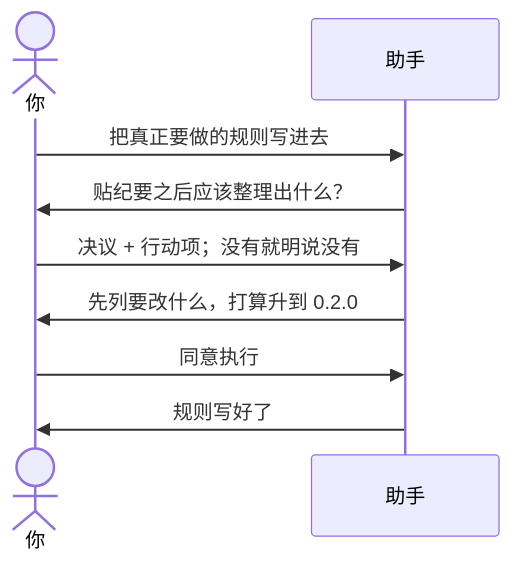
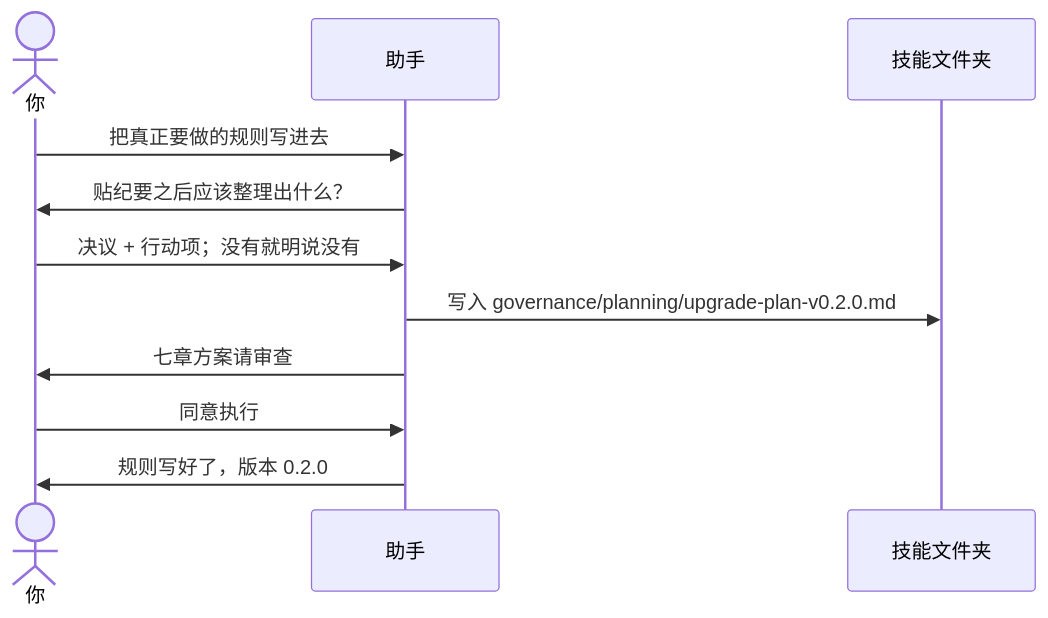
The diagram in examples/10-初始化之后写规则.md (qiusuo0226/skill-devkit-skill), drawn with Mermaid before and after one commit. The commit also changed other lines of this file and 16 other files, not shown here.

````diff
--- a/examples/10-初始化之后写规则.md
+++ b/examples/10-初始化之后写规则.md
@@ -9,12 +11,14 @@
 ```mermaid
 sequenceDiagram
     actor You as 你
     participant AI as 助手
+    participant File as 技能文件夹
 
     You->>AI: 把真正要做的规则写进去
     AI->>You: 贴纪要之后应该整理出什么？
     You->>AI: 决议 + 行动项；没有就明说没有
-    AI->>You: 先列要改什么，打算升到 0.2.0
+    AI->>File: 写入 governance/planning/upgrade-plan-v0.2.0.md
+    AI->>You: 七章方案请审查
     You->>AI: 同意执行
-    AI->>You: 规则写好了
+    AI->>You: 规则写好了，版本 0.2.0
 ```
````
